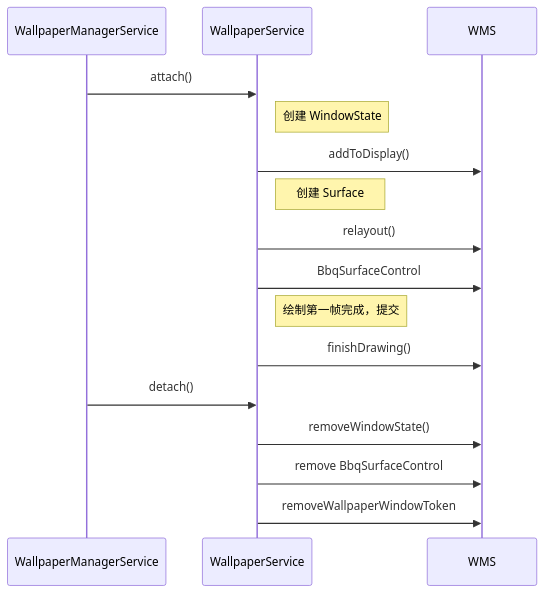
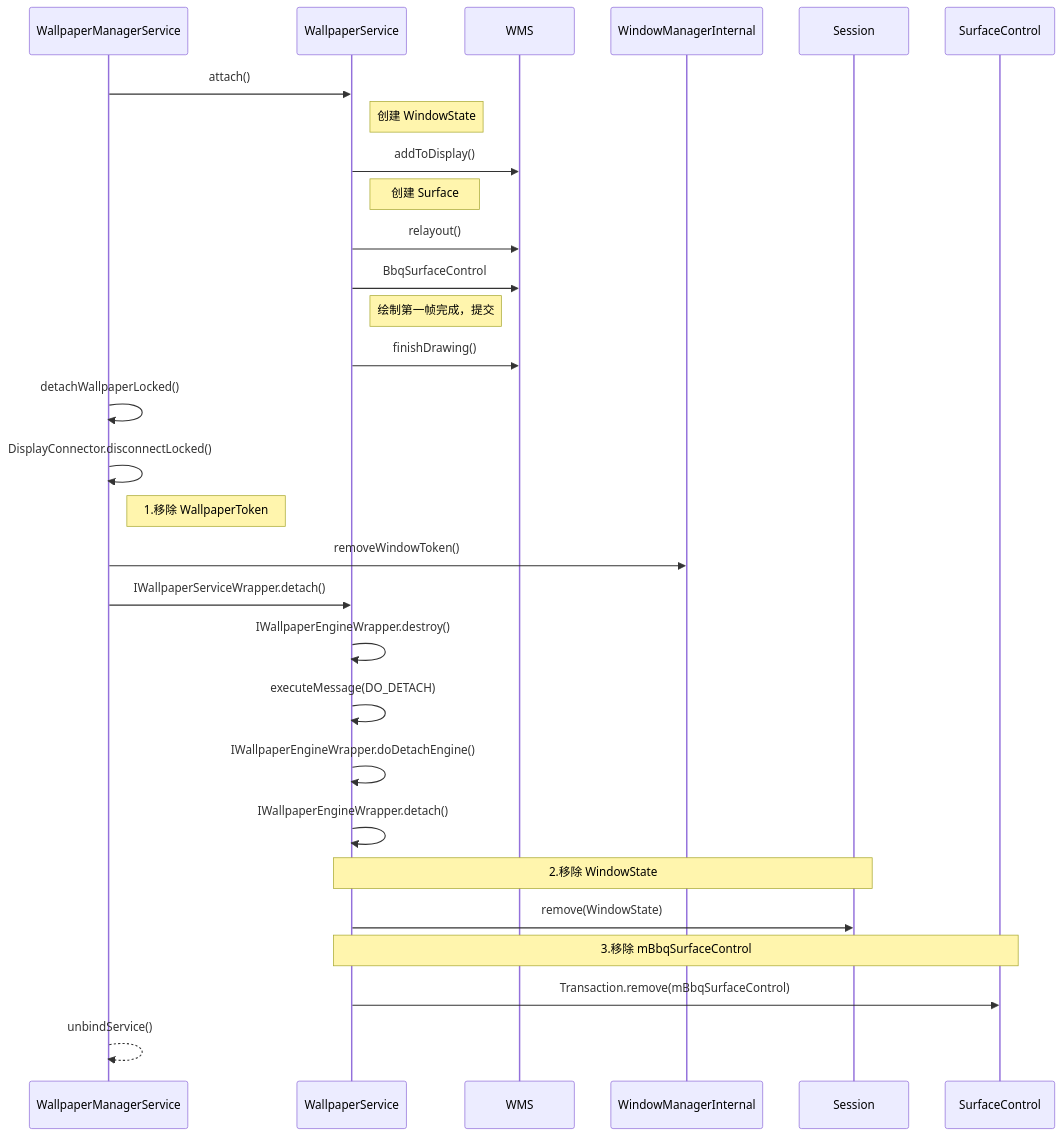
Before and after one commit to rangerzhou/rangerzhou.github.io: the fourth of 4 diagrams in source/_posts/Android/WMS_Notes.md, drawn with Mermaid. The commit also changed other lines of this file and 2 other files, not shown here.

````diff
--- a/source/_posts/Android/WMS_Notes.md
+++ b/source/_posts/Android/WMS_Notes.md
@@ -792,16 +794,26 @@
 ``` mermaid
 sequenceDiagram
 WallpaperManagerService ->> WallpaperService:attach()
 Note right of WallpaperService:创建 WindowState
 WallpaperService ->> WMS:addToDisplay()
 Note right of WallpaperService:创建 Surface
 WallpaperService ->> WMS:relayout()
 WallpaperService ->> WMS:BbqSurfaceControl
 Note right of WallpaperService:绘制第一帧完成，提交
 WallpaperService ->> WMS:finishDrawing()
 
-WallpaperManagerService ->> WallpaperService:detach()
-WallpaperService ->> WMS:removeWindowState()
-WallpaperService ->> WMS:remove BbqSurfaceControl
-WallpaperService ->> WMS:removeWallpaperWindowToken
+WallpaperManagerService ->> WallpaperManagerService:detachWallpaperLocked()
+WallpaperManagerService ->> WallpaperManagerService:DisplayConnector.disconnectLocked()
+Note right of WallpaperManagerService:1.移除 WallpaperToken
+WallpaperManagerService ->> WindowManagerInternal:removeWindowToken()
+WallpaperManagerService ->> WallpaperService:IWallpaperServiceWrapper.detach()
+WallpaperService ->> WallpaperService:IWallpaperEngineWrapper.destroy()
+WallpaperService ->> WallpaperService:executeMessage(DO_DETACH)
+WallpaperService ->> WallpaperService:IWallpaperEngineWrapper.doDetachEngine()
+WallpaperService ->> WallpaperService:IWallpaperEngineWrapper.detach()
+Note over WallpaperService,Session:2.移除 WindowState
+WallpaperService ->> Session:remove(WindowState)
+Note over WallpaperService,SurfaceControl:3.移除 mBbqSurfaceControl
+WallpaperService ->> SurfaceControl:Transaction.remove(mBbqSurfaceControl)
+WallpaperManagerService -->> WallpaperManagerService:unbindService()
 ```
````
